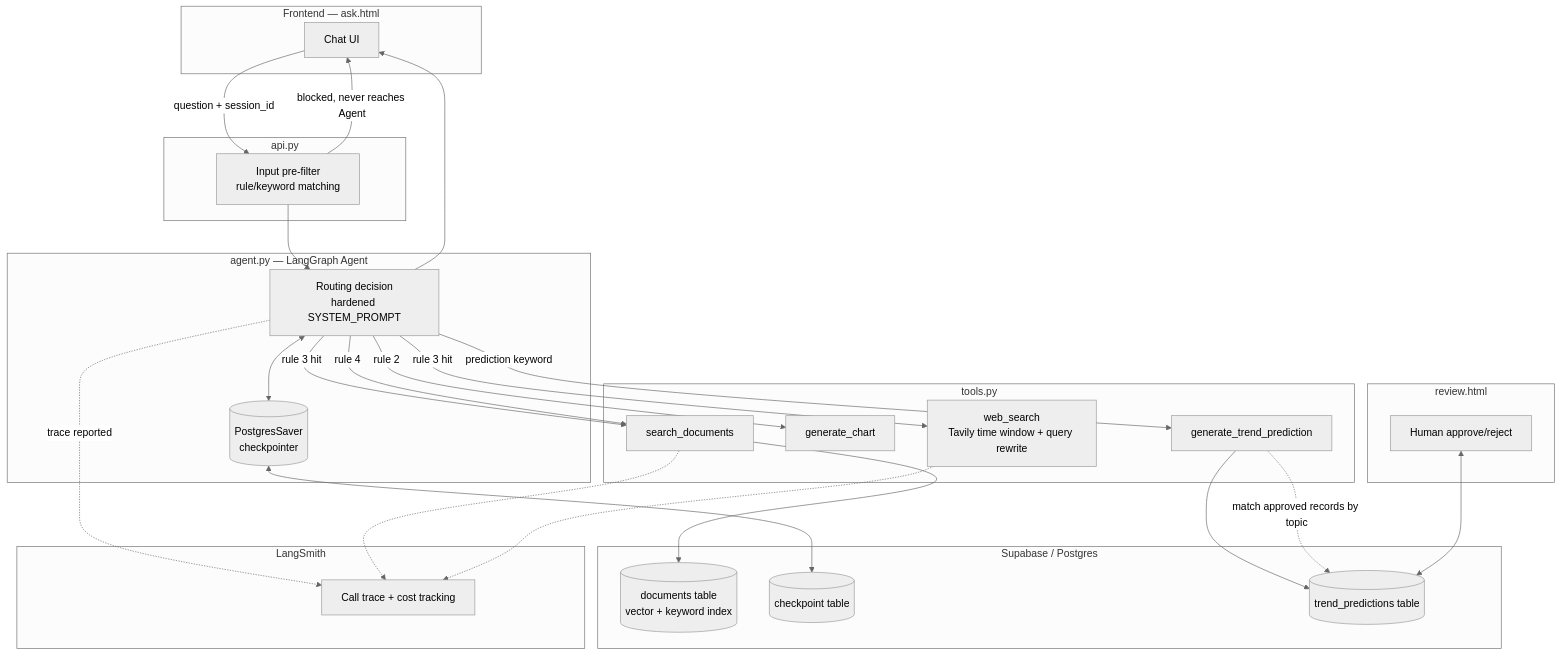
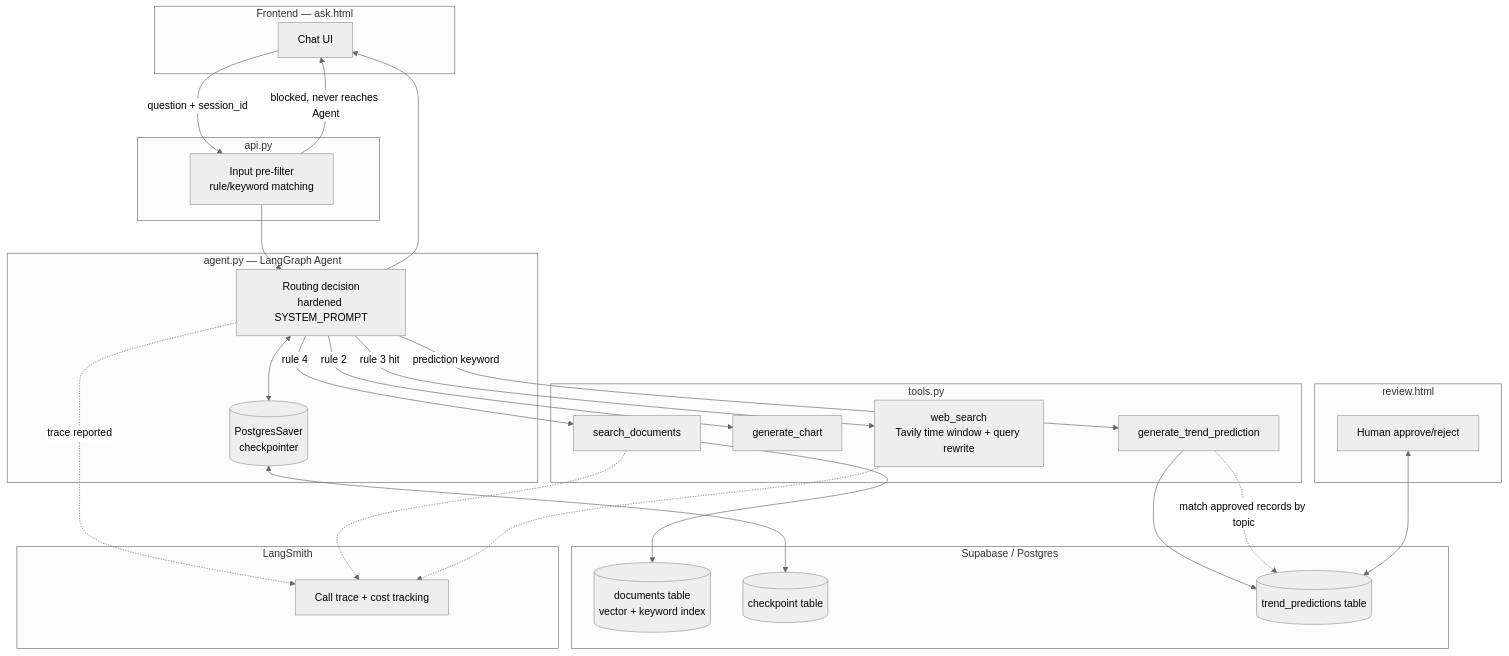
One commit to hondezxapahat-del/sinolytics-rag-demo changed the first of 4 diagrams in docs/TechSpec_v1.1.en.md. Above: the diagram before and after it, drawn with Mermaid (neutral theme). The commit also changed other lines of this file and 17 other files, not shown here.

````diff
--- a/docs/TechSpec_v1.1.en.md
+++ b/docs/TechSpec_v1.1.en.md
@@ -44,55 +44,54 @@
 ```mermaid
 flowchart TB
     subgraph Client[Frontend — ask.html]
         UI[Chat UI]
     end
 
     subgraph API[api.py]
         F[Input pre-filter<br/>rule/keyword matching]
     end
 
     subgraph Agent[agent.py — LangGraph Agent]
         RT[Routing decision<br/>hardened SYSTEM_PROMPT]
         CP[(PostgresSaver<br/>checkpointer)]
     end
 
     subgraph Tools[tools.py]
         SD[search_documents]
         GC[generate_chart]
         WS[web_search<br/>Tavily time window + query rewrite]
         GP[generate_trend_prediction]
     end
 
     subgraph Data[Supabase / Postgres]
         DOCS[(documents table<br/>vector + keyword index)]
         CHK[(checkpoint table)]
         PRED[(trend_predictions table)]
     end
 
     subgraph Review[review.html]
         RV[Human approve/reject]
     end
 
     subgraph Obs[LangSmith]
         TR[Call trace + cost tracking]
     end
 
     UI -->|question + session_id| F
     F -->|blocked, never reaches Agent| UI
     F --> RT
     RT <--> CP
     CP <--> CHK
-    RT -->|rule 3 hit| SD
     RT -->|rule 3 hit| WS
     RT -->|rule 2| GC
     RT -->|rule 4| SD
     RT -->|prediction keyword| GP
     SD --> DOCS
     GP --> PRED
     GP -.match approved records by topic.-> PRED
     RV <--> PRED
     RT -.trace reported.-> TR
     SD -.-> TR
     WS -.-> TR
     RT --> UI
 ```
````
